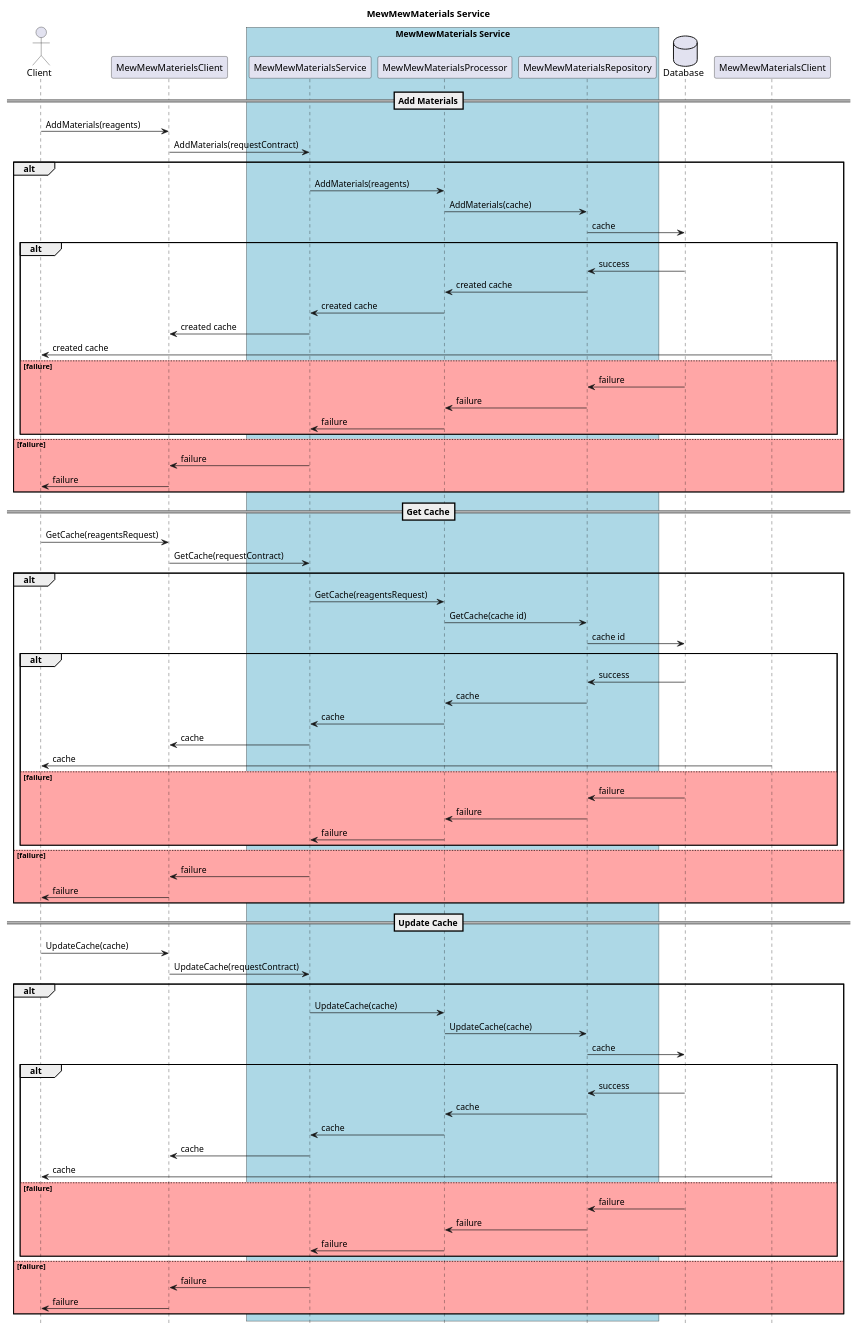
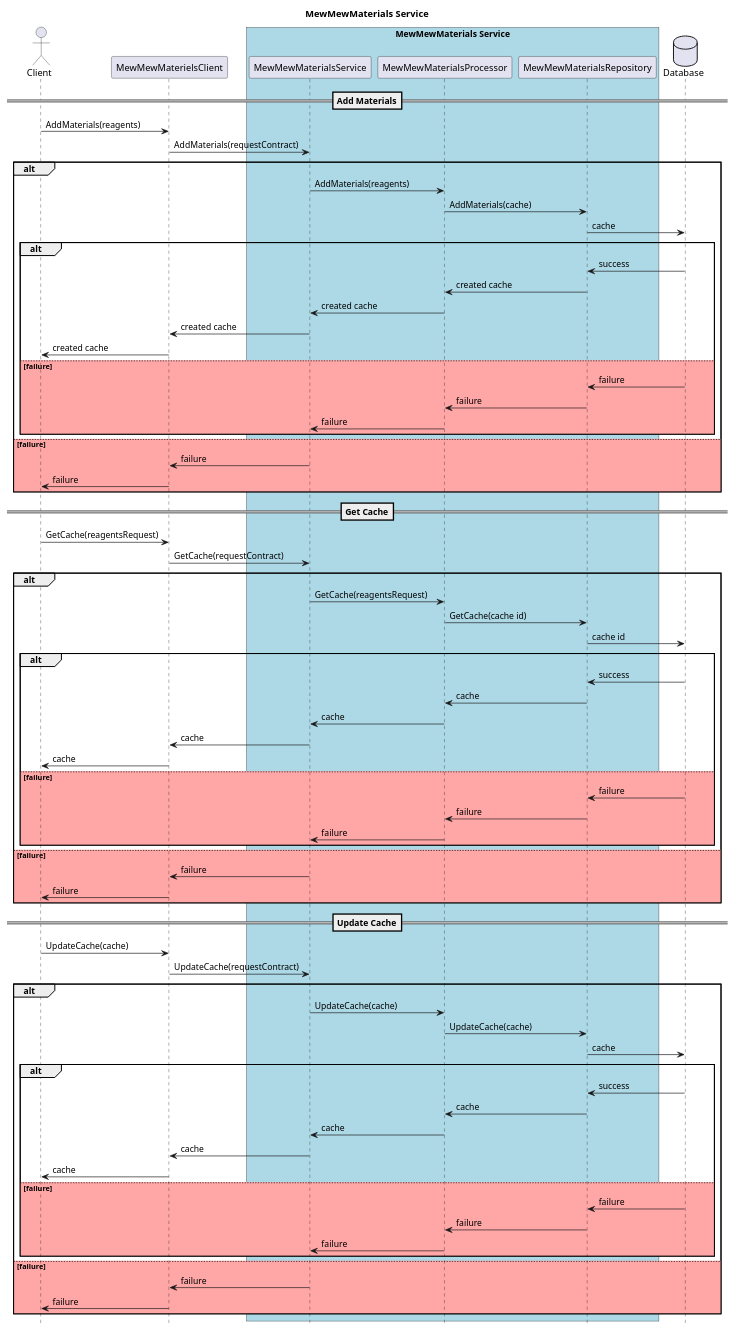
The diagram in docs/design/materials/service-design.wsd (AmberFalbo/cat-coven), drawn with PlantUML before and after one commit. The commit also changed 7 other files, not shown here.

```diff
--- a/docs/design/materials/service-design.wsd
+++ b/docs/design/materials/service-design.wsd
@@ -1,88 +1,88 @@
 @startuml mew-mew-materials-sequence
 
 hide footbox
 Title MewMewMaterials Service
 
 actor Client
 
 participant MewMewMaterielsClient
 box "MewMewMaterials Service" #LightBlue
     participant MewMewMaterialsService
     participant MewMewMaterialsProcessor
     participant MewMewMaterialsRepository
 end box
 database Database
 
 ==Add Materials==
 
 Client -> MewMewMaterielsClient : AddMaterials(reagents)
 MewMewMaterielsClient -> MewMewMaterialsService : AddMaterials(requestContract)
 alt
     MewMewMaterialsService -> MewMewMaterialsProcessor : AddMaterials(reagents)
     MewMewMaterialsProcessor -> MewMewMaterialsRepository : AddMaterials(cache)
     MewMewMaterialsRepository -> Database : cache
     alt
         Database -> MewMewMaterialsRepository : success
         MewMewMaterialsRepository -> MewMewMaterialsProcessor : created cache
         MewMewMaterialsProcessor -> MewMewMaterialsService : created cache
         MewMewMaterialsService -> MewMewMaterielsClient : created cache
-        MewMewMaterialsClient -> Client : created cache
+        MewMewMaterielsClient -> Client : created cache
     else #FFA6A6 failure
         Database -> MewMewMaterialsRepository : failure
         MewMewMaterialsRepository -> MewMewMaterialsProcessor : failure
         MewMewMaterialsProcessor -> MewMewMaterialsService : failure
     end 
 else #FFA6A6 failure
     MewMewMaterialsService -> MewMewMaterielsClient : failure
     MewMewMaterielsClient -> Client : failure
 end
 
 ==Get Cache==
 
 Client -> MewMewMaterielsClient : GetCache(reagentsRequest)
 MewMewMaterielsClient -> MewMewMaterialsService : GetCache(requestContract)
 alt
     MewMewMaterialsService -> MewMewMaterialsProcessor : GetCache(reagentsRequest)
     MewMewMaterialsProcessor -> MewMewMaterialsRepository : GetCache(cache id)
     MewMewMaterialsRepository -> Database : cache id
     alt
         Database -> MewMewMaterialsRepository : success
         MewMewMaterialsRepository -> MewMewMaterialsProcessor : cache
         MewMewMaterialsProcessor -> MewMewMaterialsService : cache
         MewMewMaterialsService -> MewMewMaterielsClient : cache
-        MewMewMaterialsClient -> Client : cache
+        MewMewMaterielsClient -> Client : cache
     else #FFA6A6 failure
         Database -> MewMewMaterialsRepository : failure
         MewMewMaterialsRepository -> MewMewMaterialsProcessor : failure
         MewMewMaterialsProcessor -> MewMewMaterialsService : failure
     end 
 else #FFA6A6 failure
     MewMewMaterialsService -> MewMewMaterielsClient : failure
     MewMewMaterielsClient -> Client : failure
 end
 
 ==Update Cache==
 
 Client -> MewMewMaterielsClient : UpdateCache(cache)
 MewMewMaterielsClient -> MewMewMaterialsService : UpdateCache(requestContract)
 alt
     MewMewMaterialsService -> MewMewMaterialsProcessor : UpdateCache(cache)
     MewMewMaterialsProcessor -> MewMewMaterialsRepository : UpdateCache(cache)
     MewMewMaterialsRepository -> Database : cache
     alt
         Database -> MewMewMaterialsRepository : success
         MewMewMaterialsRepository -> MewMewMaterialsProcessor : cache
         MewMewMaterialsProcessor -> MewMewMaterialsService : cache
         MewMewMaterialsService -> MewMewMaterielsClient : cache
-        MewMewMaterialsClient -> Client : cache
+        MewMewMaterielsClient -> Client : cache
     else #FFA6A6 failure
         Database -> MewMewMaterialsRepository : failure
         MewMewMaterialsRepository -> MewMewMaterialsProcessor : failure
         MewMewMaterialsProcessor -> MewMewMaterialsService : failure
     end 
 else #FFA6A6 failure
     MewMewMaterialsService -> MewMewMaterielsClient : failure
     MewMewMaterielsClient -> Client : failure
 end
 
 @enduml
```
